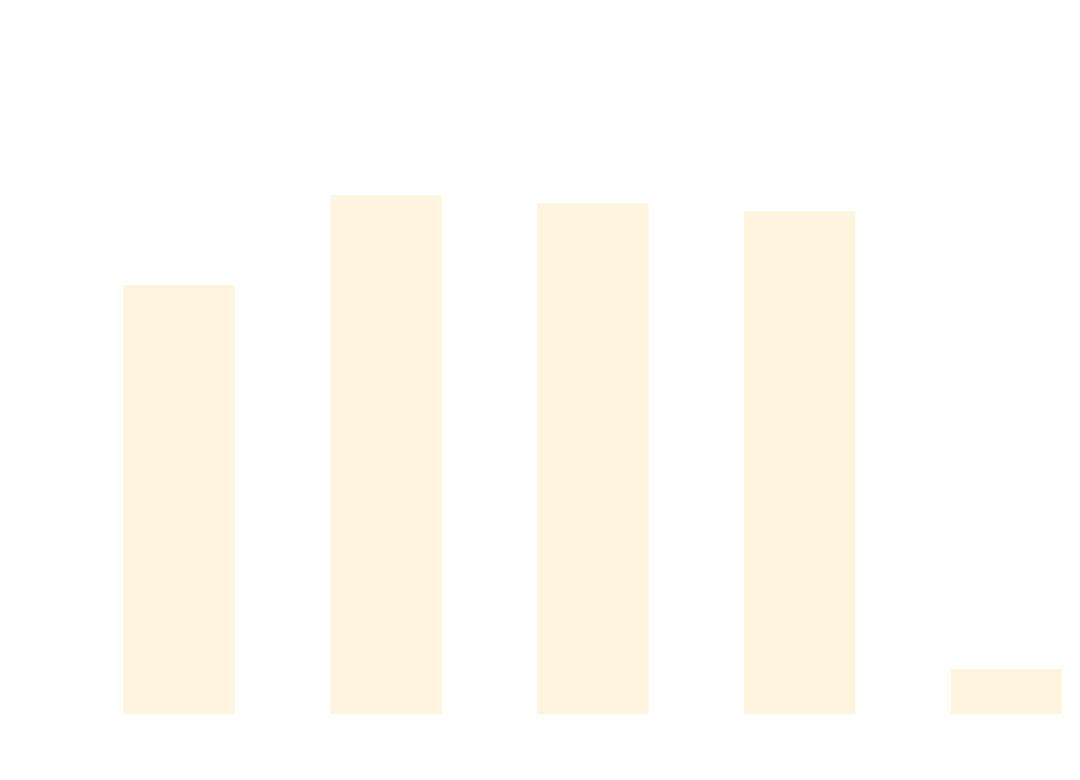
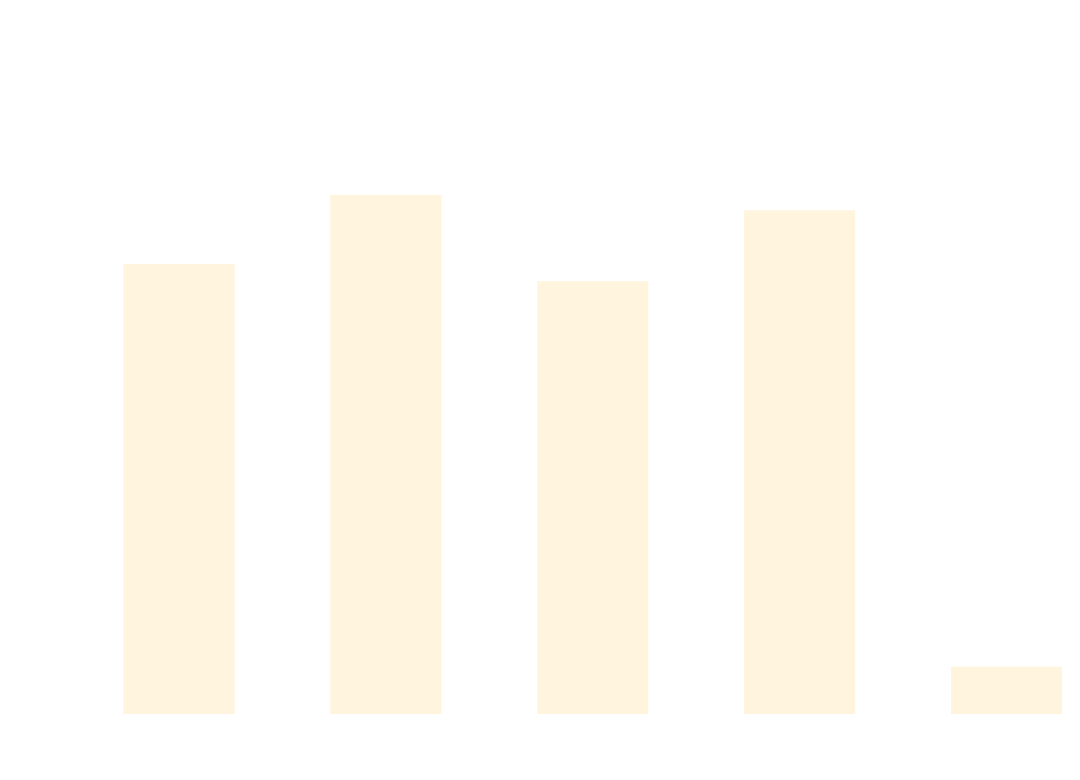
The diagram in docs/docs/benchmarks/ScaleTests.md (thomhurst/TUnit), drawn with Mermaid before and after one commit. The commit also changed other lines of this file and 17 other files, not shown here.

````diff
--- a/docs/docs/benchmarks/ScaleTests.md
+++ b/docs/docs/benchmarks/ScaleTests.md
@@ -27,37 +27,37 @@
 ```mermaid
 %%{init: {
   'theme':'base',
   'themeVariables': {
     'primaryColor': '#2563eb',
     'primaryTextColor': '#ffffff',
     'primaryBorderColor': '#1e40af',
     'lineColor': '#6b7280',
     'secondaryColor': '#7c3aed',
     'tertiaryColor': '#dc2626',
     'background': '#ffffff',
     'mainBkg': '#2563eb',
     'secondBkg': '#7c3aed',
     'tertiaryBkg': '#dc2626',
     'clusterBkg': '#f3f4f6',
     'edgeLabelBackground': '#ffffff',
     'tertiaryTextColor': '#1f2937',
     'pie1': '#2563eb',
     'pie2': '#7c3aed',
     'pie3': '#dc2626',
     'pie4': '#f59e0b',
     'pie5': '#10b981',
     'pie6': '#06b6d4',
     'pie7': '#ec4899',
     'pie8': '#6366f1',
     'pie9': '#84cc16',
     'pie10': '#f97316',
     'pie11': '#14b8a6',
     'pie12': '#a855f7'
   }
 }}%%
 xychart-beta
   title "ScaleTests Performance Comparison"
   x-axis ["TUnit", "NUnit", "MSTest", "xUnit3", "TUnit_AOT"]
-  y-axis "Time (ms)" 0 --> 781
-  bar [535.09, 650.44, 640.01, 629.8, 41.32]
+  y-axis "Time (ms)" 0 --> 713
+  bar [513.21, 594.09, 493.05, 576.25, 40.63]
 ```
````
